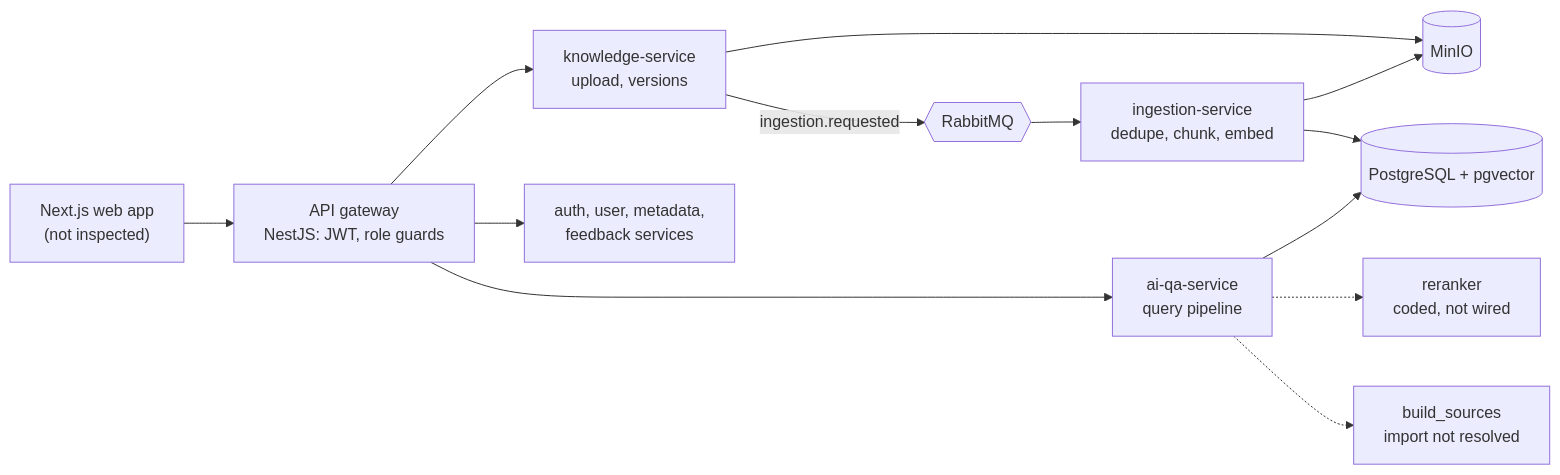
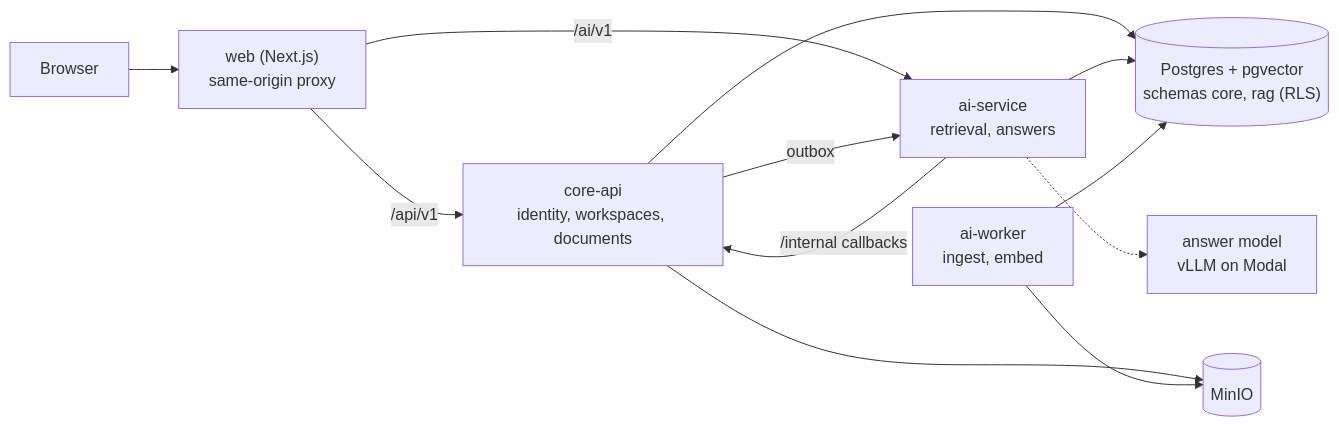
Before and after one commit to N-Tien-L/SOPilot: the diagram in README.md, drawn with Mermaid. The commit also changed other lines of this file and 22 other files, not shown here.

````diff
--- a/README.md
+++ b/README.md
@@ -32,15 +32,14 @@
 ```mermaid
 flowchart LR
-    W["Next.js web app<br/>(not inspected)"] --> G["API gateway<br/>NestJS: JWT, role guards"]
-    G --> K["knowledge-service<br/>upload, versions"]
-    G --> A["ai-qa-service<br/>query pipeline"]
-    G --> O["auth, user, metadata,<br/>feedback services"]
-    K --> S[("MinIO")]
-    K -- "ingestion.requested" --> Q{{"RabbitMQ"}}
-    Q --> I["ingestion-service<br/>dedupe, chunk, embed"]
-    I --> S
-    I --> P[("PostgreSQL + pgvector")]
+    B["Browser"] --> W["web (Next.js)<br/>same-origin proxy"]
+    W -- "/api/v1" --> C["core-api<br/>identity, workspaces, documents"]
+    W -- "/ai/v1" --> A["ai-service<br/>retrieval, answers"]
+    C -- "outbox" --> A
+    A -- "/internal callbacks" --> C
+    C --> P[("Postgres + pgvector<br/>schemas core, rag (RLS)")]
     A --> P
-    A -.-> R["reranker<br/>coded, not wired"]
-    A -.-> B["build_sources<br/>import not resolved"]
+    C --> S[("MinIO")]
+    K["ai-worker<br/>ingest, embed"] --> P
+    K --> S
+    A -.-> M["answer model<br/>vLLM on Modal"]
 ```
````
